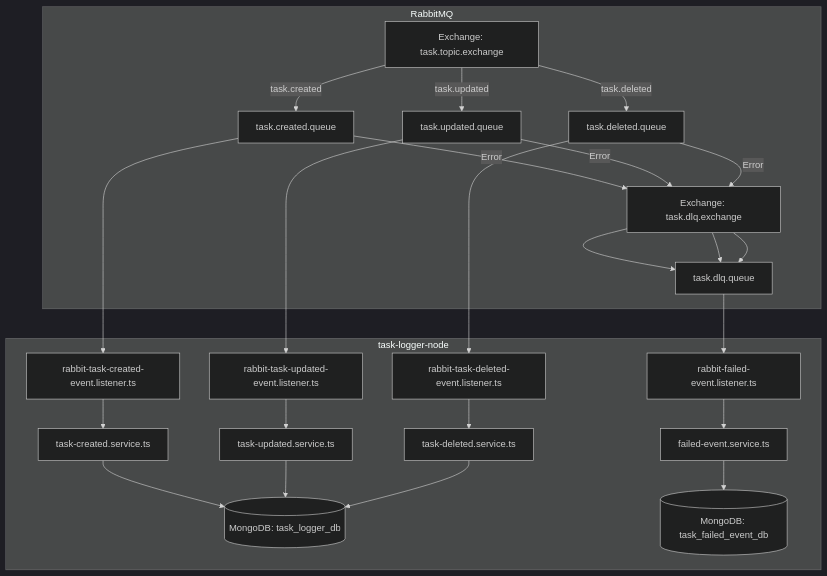
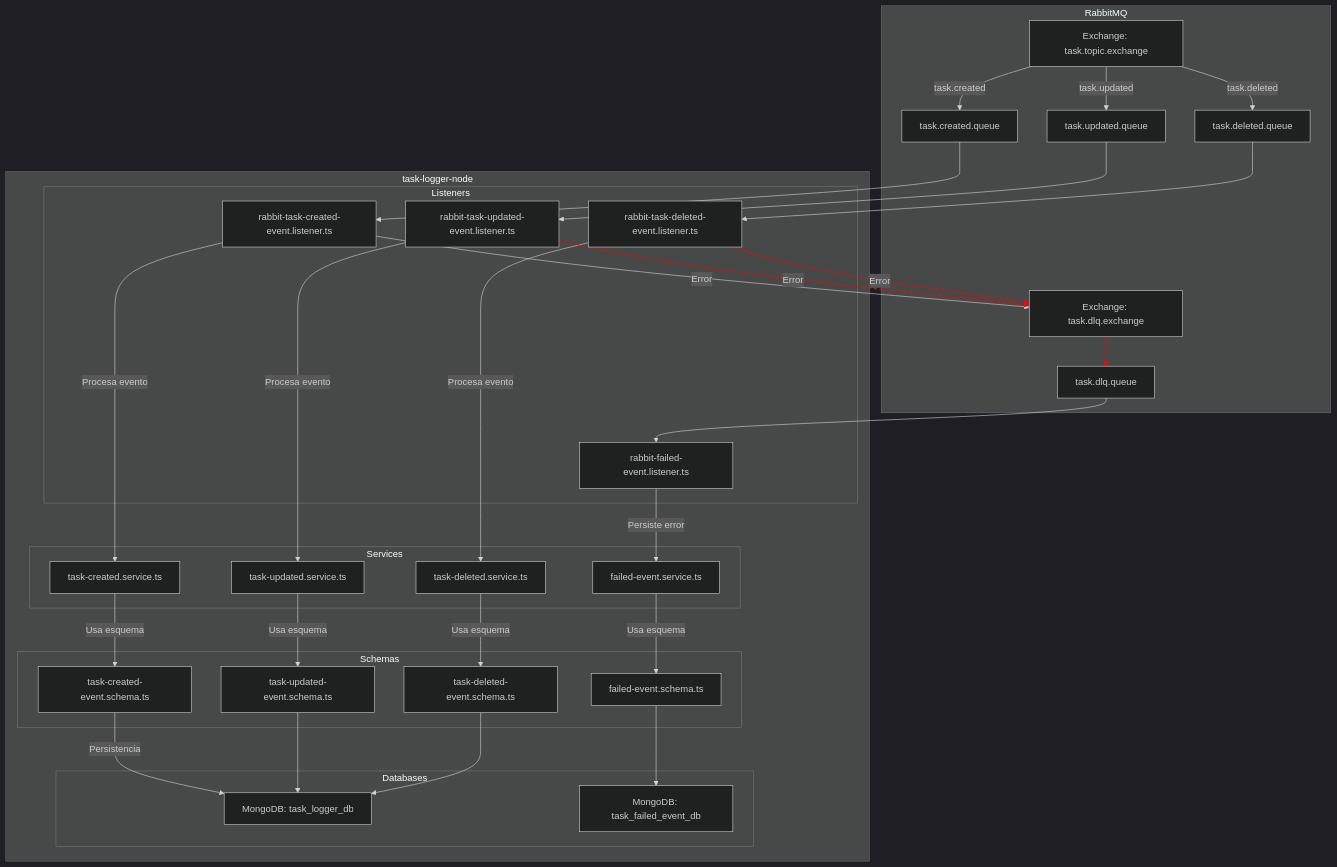
The second of 2 diagrams in task-logger-node/README.md (aulikes/TaskManager-node), drawn with Mermaid (dark theme) before and after one commit. The commit also changed other lines of this file and 1 other file, not shown here.

````diff
--- a/task-logger-node/README.md
+++ b/task-logger-node/README.md
@@ -146,40 +141,73 @@
 ```mermaid
 flowchart TD
-    subgraph Broker [RabbitMQ]
-        EXCH[Exchange: task.topic.exchange]
-        QUEUE_CREATED[task.created.queue]
-        QUEUE_UPDATED[task.updated.queue]
-        QUEUE_DELETED[task.deleted.queue]
-        DLQ[task.dlq.queue]
-        DLQ_EXCH[Exchange: task.dlq.exchange]
+    subgraph Broker["RabbitMQ"]
+        EXCH["Exchange: task.topic.exchange"]
+        QUEUE_CREATED["task.created.queue"]
+        QUEUE_UPDATED["task.updated.queue"]
+        QUEUE_DELETED["task.deleted.queue"]
+        DLQ_EXCH["Exchange: task.dlq.exchange"]
+        DLQ["task.dlq.queue"]
     end
 
-    subgraph App [task-logger-node]
-        L1[rabbit-task-created-event.listener.ts]
-        L2[rabbit-task-updated-event.listener.ts]
-        L3[rabbit-task-deleted-event.listener.ts]
-        DLQ_LISTENER[rabbit-failed-event.listener.ts]
+    subgraph App["task-logger-node"]
+        subgraph Listeners
+            L1["rabbit-task-created-event.listener.ts"]
+            L2["rabbit-task-updated-event.listener.ts"]
+            L3["rabbit-task-deleted-event.listener.ts"]
+            DLQ_LISTENER["rabbit-failed-event.listener.ts"]
+        end
 
-        S1[task-created.service.ts]
-        S2[task-updated.service.ts]
-        S3[task-deleted.service.ts]
-        DLQ_SVC[failed-event.service.ts]
+        subgraph Services
+            S1["task-created.service.ts"]
+            S2["task-updated.service.ts"]
+            S3["task-deleted.service.ts"]
+            DLQ_SVC["failed-event.service.ts"]
+        end
 
-        DB1[(MongoDB: task_logger_db)]
-        DB2[(MongoDB: task_failed_event_db)]
+        subgraph Schemas
+            SC1["task-created-event.schema.ts"]
+            SC2["task-updated-event.schema.ts"]
+            SC3["task-deleted-event.schema.ts"]
+            SC_DLQ["failed-event.schema.ts"]
+        end
+
+        subgraph Databases
+            DB1["MongoDB: task_logger_db"]
+            DB2["MongoDB: task_failed_event_db"]
+        end
     end
 
-    EXCH -- task.created --> QUEUE_CREATED
-    EXCH -- task.updated --> QUEUE_UPDATED
-    EXCH -- task.deleted --> QUEUE_DELETED
+    EXCH -- "task.created" --> QUEUE_CREATED
+    EXCH -- "task.updated" --> QUEUE_UPDATED
+    EXCH -- "task.deleted" --> QUEUE_DELETED
 
-    QUEUE_CREATED --> L1 --> S1 --> DB1
-    QUEUE_UPDATED --> L2 --> S2 --> DB1
-    QUEUE_DELETED --> L3 --> S3 --> DB1
+    QUEUE_CREATED --> L1
+    L1 -->|Procesa evento| S1
+    S1 -->|Usa esquema| SC1
+    SC1 -->|Persistencia| DB1
 
-    QUEUE_CREATED -- Error --> DLQ_EXCH --> DLQ
-    QUEUE_UPDATED -- Error --> DLQ_EXCH --> DLQ
-    QUEUE_DELETED -- Error --> DLQ_EXCH --> DLQ
+    QUEUE_UPDATED --> L2
+    L2 -->|Procesa evento| S2
+    S2 -->|Usa esquema| SC2
+    SC2 --> DB1
 
-    DLQ --> DLQ_LISTENER --> DLQ_SVC --> DB2
+    QUEUE_DELETED --> L3
+    L3 -->|Procesa evento| S3
+    S3 -->|Usa esquema| SC3
+    SC3 --> DB1
+
+    %% Flujo de errores hacia la DLQ
+    L1 -- Error --> DLQ_EXCH
+    L2 -- Error --> DLQ_EXCH
+    L3 -- Error --> DLQ_EXCH
+    DLQ_EXCH --> DLQ
+
+    %% Procesamiento de mensajes fallidos
+    DLQ --> DLQ_LISTENER
+    DLQ_LISTENER -->|Persiste error| DLQ_SVC
+    DLQ_SVC -->|Usa esquema| SC_DLQ
+    SC_DLQ --> DB2
+
+    %% Estilo visual de errores (líneas punteadas rojas)
+    linkStyle 16,17,18 stroke:red,stroke-width:2px,stroke-dasharray: 5 5
 ```
````
